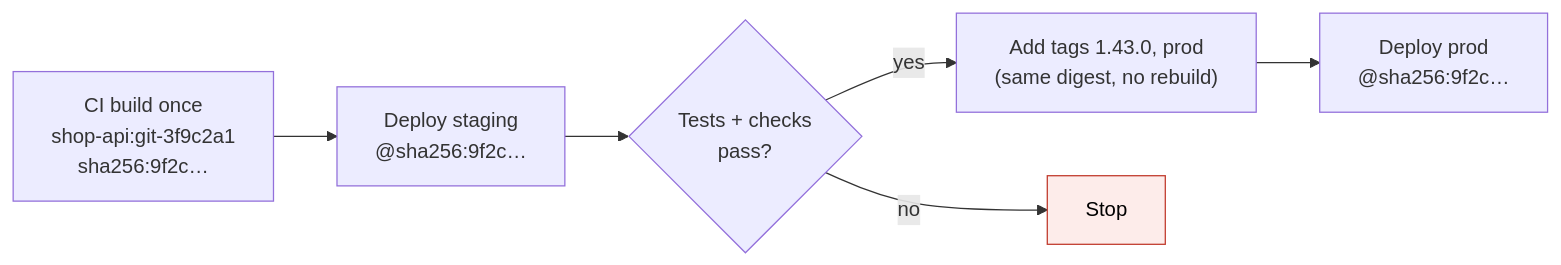
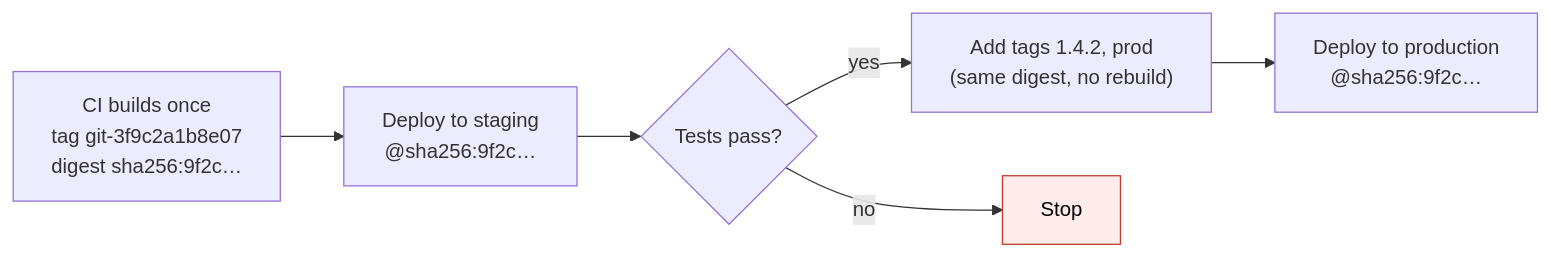
The third of 3 diagrams in Areas/Containers/Docker image tags.md (IhebBelhadj/second_brain), drawn with Mermaid before and after one commit. The commit also changed other lines of this file and 2 other files, not shown here.

````diff
--- a/Areas/Containers/Docker image tags.md
+++ b/Areas/Containers/Docker image tags.md
@@ -134,11 +267,11 @@
 ```mermaid
 flowchart LR
-    B["CI build once<br/>shop-api:git-3f9c2a1<br/>sha256:9f2c…"] --> ST["Deploy staging<br/>@sha256:9f2c…"]
-    ST --> TEST{"Tests + checks<br/>pass?"}
-    TEST -- yes --> TAG["Add tags 1.43.0, prod<br/>(same digest, no rebuild)"]
-    TAG --> PR["Deploy prod<br/>@sha256:9f2c…"]
-    TEST -- no --> X["Stop"]
+    B["CI builds once<br/>tag git-3f9c2a1b8e07<br/>digest sha256:9f2c…"] --> S["Deploy to staging<br/>@sha256:9f2c…"]
+    S --> C{"Tests pass?"}
+    C -- yes --> T["Add tags 1.4.2, prod<br/>(same digest, no rebuild)"]
+    T --> P["Deploy to production<br/>@sha256:9f2c…"]
+    C -- no --> X["Stop"]
 
     classDef bad fill:#fdecea,stroke:#c0392b,color:#000
     class X bad
 ```
````
